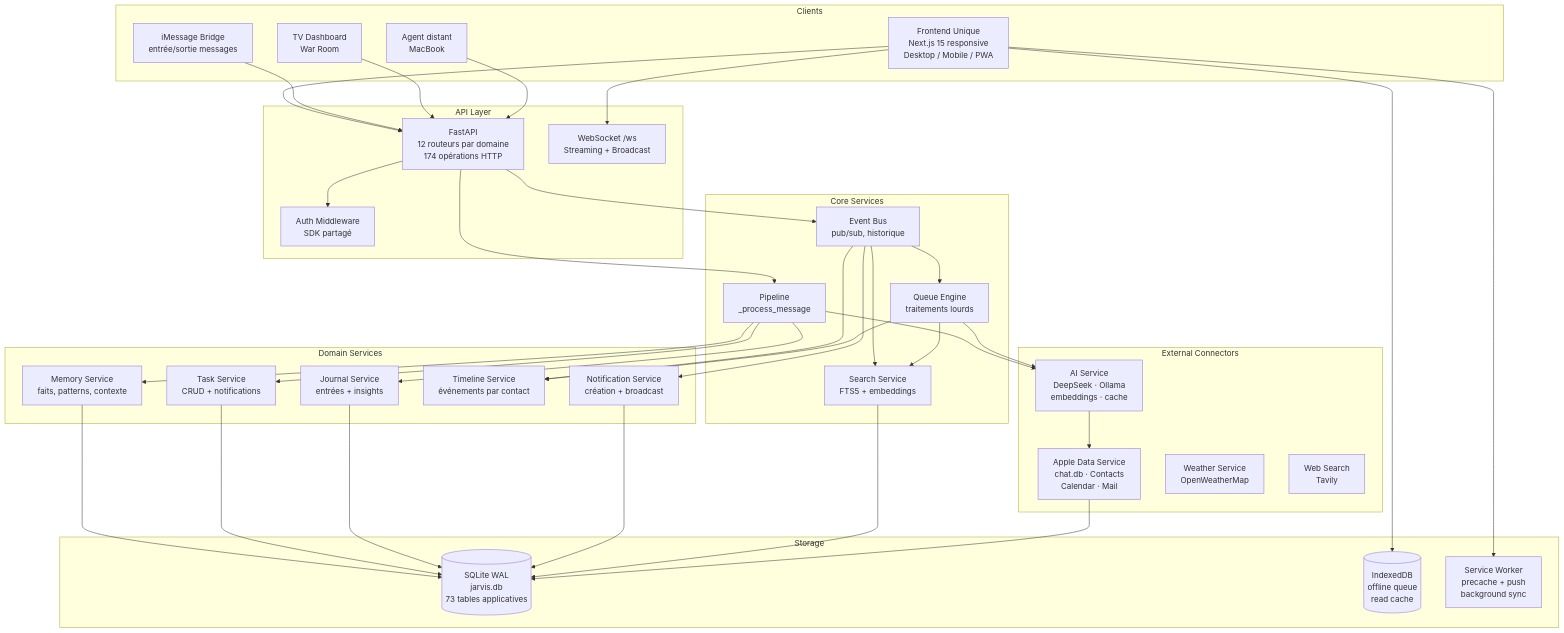
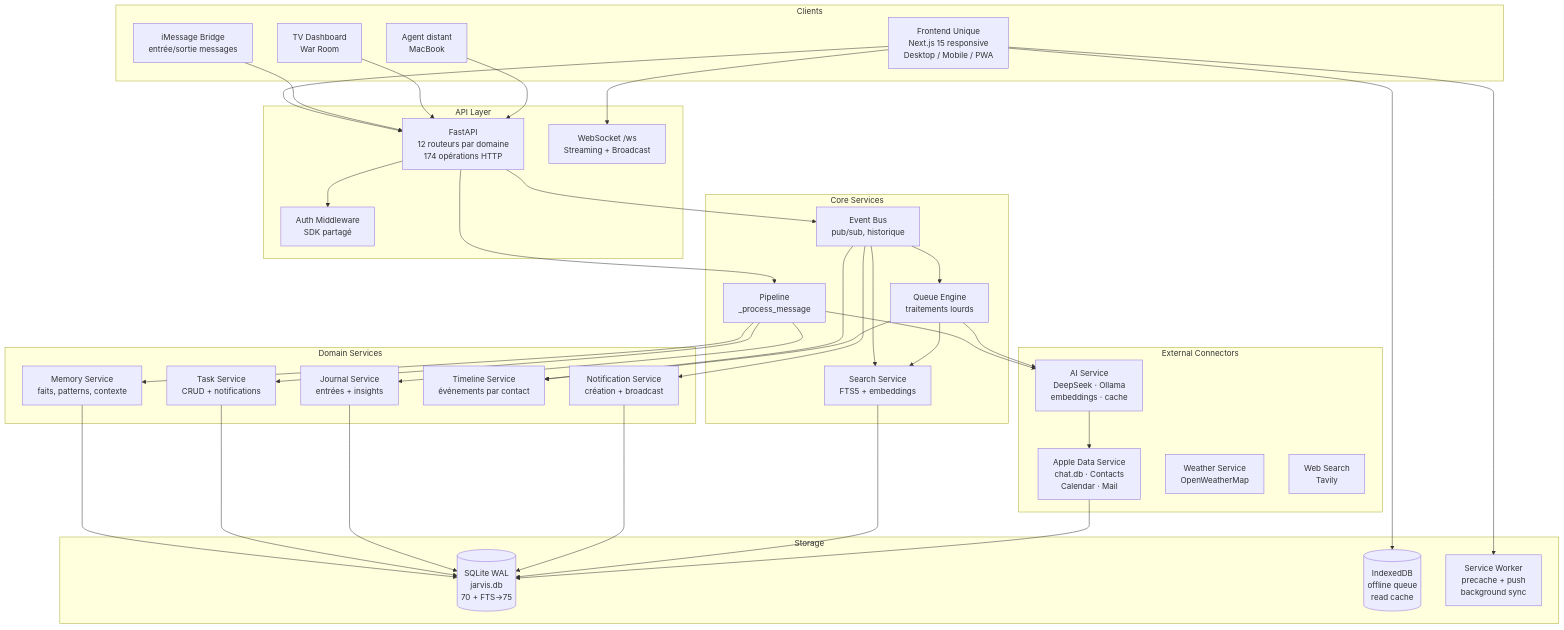
Before and after one commit to AVTAVANTTOUT2/JarvisAPI: the first of 3 diagrams in Architecture/08_ARCHITECTURE_CIBLE.md, drawn with Mermaid. The commit also changed other lines of this file and 80 other files, not shown here.

````diff
--- a/Architecture/08_ARCHITECTURE_CIBLE.md
+++ b/Architecture/08_ARCHITECTURE_CIBLE.md
@@ -12,79 +12,79 @@
 ```mermaid
 graph TB
     subgraph "Clients"
         FRONT["Frontend Unique<br/>Next.js 15 responsive<br/>Desktop / Mobile / PWA"]
         IMESSAGE_BRIDGE["iMessage Bridge<br/>entrée/sortie messages"]
         TV["TV Dashboard<br/>War Room"]
         AGENT["Agent distant<br/>MacBook"]
     end
 
     subgraph "API Layer"
         API["FastAPI<br/>12 routeurs par domaine<br/>174 opérations HTTP"]
         WS["WebSocket /ws<br/>Streaming + Broadcast"]
         AUTH["Auth Middleware<br/>SDK partagé"]
     end
 
     subgraph "Core Services"
         ORCH["Pipeline<br/>_process_message"]
         EVENT_BUS["Event Bus<br/>pub/sub, historique"]
         QUEUE["Queue Engine<br/>traitements lourds"]
         SEARCH["Search Service<br/>FTS5 + embeddings"]
     end
 
     subgraph "Domain Services"
         MEMORY["Memory Service<br/>faits, patterns, contexte"]
         TASK["Task Service<br/>CRUD + notifications"]
         JOURNAL["Journal Service<br/>entrées + insights"]
         TIMELINE["Timeline Service<br/>événements par contact"]
         NOTIF["Notification Service<br/>création + broadcast"]
     end
 
     subgraph "External Connectors"
         APPLE["Apple Data Service<br/>chat.db ⋅ Contacts<br/>Calendar ⋅ Mail"]
         LLM["AI Service<br/>DeepSeek ⋅ Ollama<br/>embeddings ⋅ cache"]
         WEATHER["Weather Service<br/>OpenWeatherMap"]
         WEB_SEARCH["Web Search<br/>Tavily"]
     end
 
     subgraph "Storage"
-        SQLITE[(SQLite WAL<br/>jarvis.db<br/>73 tables applicatives)]
+        SQLITE[(SQLite WAL<br/>jarvis.db<br/>70 + FTS→75)]
         IDB[(IndexedDB<br/>offline queue<br/>read cache)]
         SW["Service Worker<br/>precache + push<br/>background sync"]
     end
 
     FRONT --> API
     FRONT --> WS
     IMESSAGE_BRIDGE --> API
     TV --> API
     AGENT --> API
 
     API --> AUTH
     API --> ORCH
     API --> EVENT_BUS
 
     ORCH --> MEMORY
     ORCH --> TASK
     ORCH --> JOURNAL
     ORCH --> LLM
 
     EVENT_BUS --> NOTIF
     EVENT_BUS --> QUEUE
     EVENT_BUS --> TIMELINE
     EVENT_BUS --> SEARCH
 
     QUEUE --> LLM
     QUEUE --> SEARCH
     QUEUE --> TIMELINE
 
     MEMORY --> SQLITE
     TASK --> SQLITE
     JOURNAL --> SQLITE
     NOTIF --> SQLITE
     SEARCH --> SQLITE
 
     APPLE --> SQLITE
     LLM --> APPLE
 
     FRONT --> IDB
     FRONT --> SW
 ```
````
